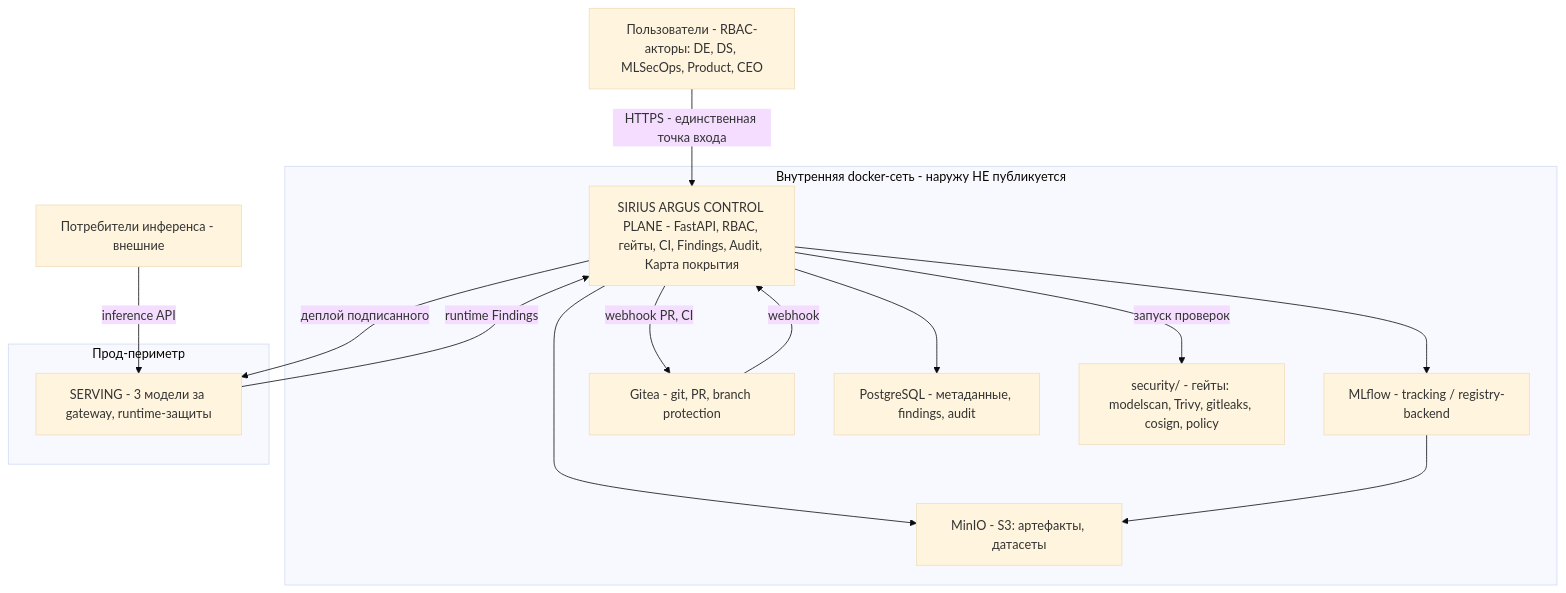
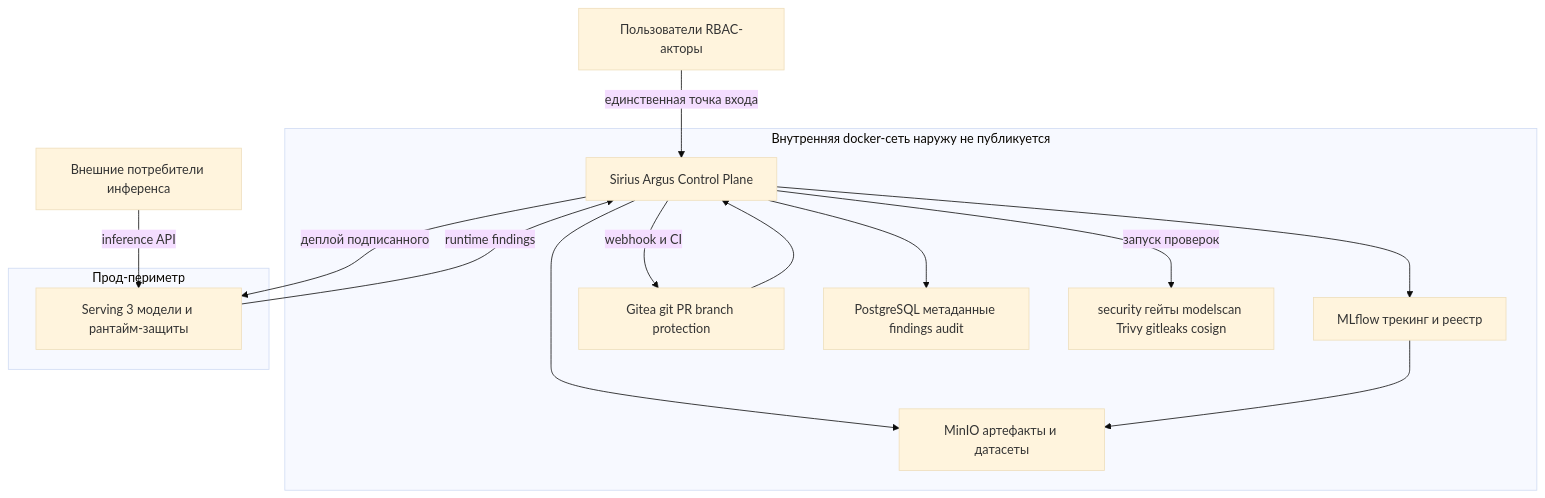
One commit to dmagog/Sirius-Argus changed the second of 8 diagrams in docs/architecture.md. Above: the diagram before and after it, drawn with Mermaid (base theme). The commit also changed other lines of this file, not shown here.

First line of the commit message:
fix(docs): mermaid в максимально совместимый синтаксис

````diff
--- a/docs/architecture.md
+++ b/docs/architecture.md
@@ -80,27 +73,27 @@
 ```mermaid
 flowchart TB
-    U["Пользователи - RBAC-акторы: DE, DS, MLSecOps, Product, CEO"]
-    CONS["Потребители инференса - внешние"]
-    subgraph INT["Внутренняя docker-сеть - наружу НЕ публикуется"]
-        CP["SIRIUS ARGUS CONTROL PLANE - FastAPI, RBAC, гейты, CI, Findings, Audit, Карта покрытия"]
-        ML["MLflow - tracking / registry-backend"]
-        MO["MinIO - S3: артефакты, датасеты"]
-        GT["Gitea - git, PR, branch protection"]
-        PG["PostgreSQL - метаданные, findings, audit"]
-        SEC["security/ - гейты: modelscan, Trivy, gitleaks, cosign, policy"]
+    U[Пользователи RBAC-акторы]
+    CONS[Внешние потребители инференса]
+    subgraph INT[Внутренняя docker-сеть наружу не публикуется]
+        CP[Sirius Argus Control Plane]
+        ML[MLflow трекинг и реестр]
+        MO[MinIO артефакты и датасеты]
+        GT[Gitea git PR branch protection]
+        PG[PostgreSQL метаданные findings audit]
+        SEC[security гейты modelscan Trivy gitleaks cosign]
     end
-    subgraph PRODSG["Прод-периметр"]
-        SV["SERVING - 3 модели за gateway, runtime-защиты"]
+    subgraph PRODSG[Прод-периметр]
+        SV[Serving 3 модели и рантайм-защиты]
     end
-    U -->|"HTTPS - единственная точка входа"| CP
+    U -->|единственная точка входа| CP
     CP --> ML
     CP --> MO
     CP --> PG
-    CP -->|"webhook PR, CI"| GT
-    GT -->|"webhook"| CP
-    CP -->|"запуск проверок"| SEC
+    CP -->|webhook и CI| GT
+    GT --> CP
+    CP -->|запуск проверок| SEC
     ML --> MO
-    CP -->|"деплой подписанного"| SV
-    SV -->|"runtime Findings"| CP
-    CONS -->|"inference API"| SV
+    CP -->|деплой подписанного| SV
+    SV -->|runtime findings| CP
+    CONS -->|inference API| SV
 ```
````
